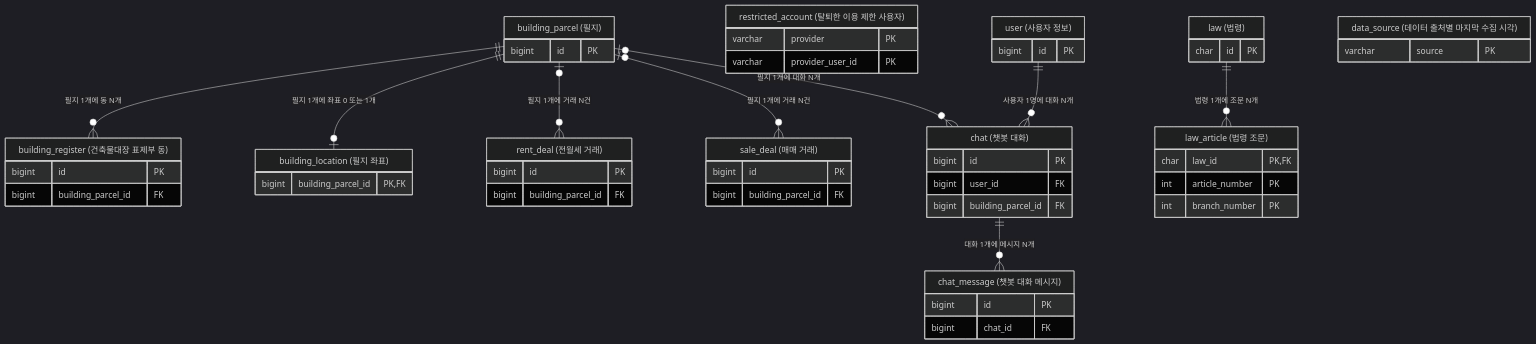
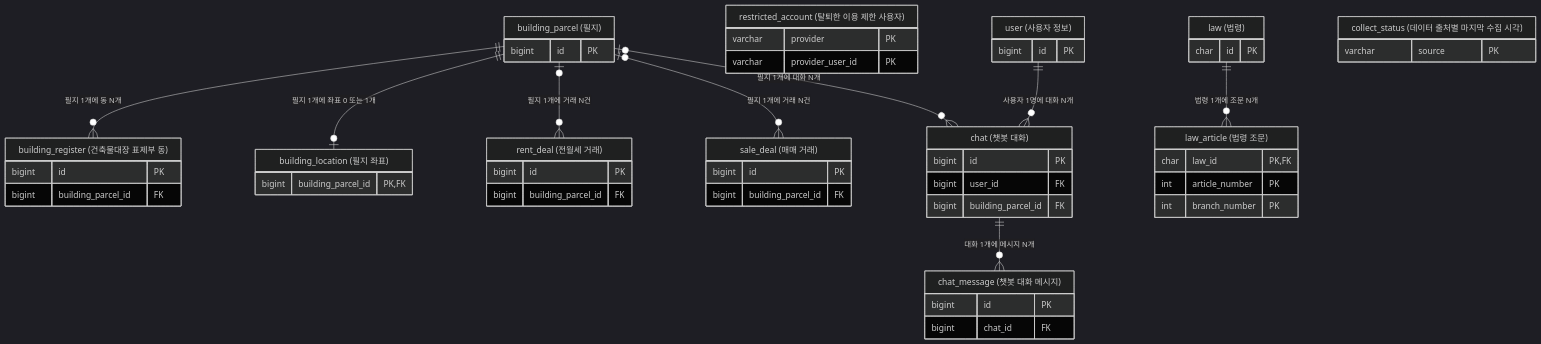
Before and after one commit to f-lab-edu/jipsee: the first of 13 diagrams in docs/erd.md, drawn with Mermaid (dark theme). The commit also changed other lines of this file, not shown here.

Commit message:
docs: collect_status 반영 > erd의 data_source 이름 변경

````diff
--- a/docs/erd.md
+++ b/docs/erd.md
@@ -5,56 +5,56 @@
 ```mermaid
 erDiagram
     user["user (사용자 정보)"] {
         bigint id PK
     }
     restricted_account["restricted_account (탈퇴한 이용 제한 사용자)"] {
         varchar provider PK
         varchar provider_user_id PK
     }
     building_parcel ||--o{ building_register : "필지 1개에 동 N개"
     building_parcel["building_parcel (필지)"] {
         bigint id PK
     }
     building_register["building_register (건축물대장 표제부 동)"] {
         bigint id PK
         bigint building_parcel_id FK
     }
     building_parcel ||--o| building_location : "필지 1개에 좌표 0 또는 1개"
     building_location["building_location (필지 좌표)"] {
         bigint building_parcel_id PK, FK
     }
     building_parcel |o--o{ rent_deal : "필지 1개에 거래 N건"
     rent_deal["rent_deal (전월세 거래)"] {
         bigint id PK
         bigint building_parcel_id FK
     }
     building_parcel |o--o{ sale_deal : "필지 1개에 거래 N건"
     sale_deal["sale_deal (매매 거래)"] {
         bigint id PK
         bigint building_parcel_id FK
     }
     user ||--o{ chat : "사용자 1명에 대화 N개"
     building_parcel |o--o{ chat : "필지 1개에 대화 N개"
     chat["chat (챗봇 대화)"] {
         bigint id PK
         bigint user_id FK
         bigint building_parcel_id FK
     }
     chat ||--o{ chat_message : "대화 1개에 메시지 N개"
     chat_message["chat_message (챗봇 대화 메시지)"] {
         bigint id PK
         bigint chat_id FK
     }
     law ||--o{ law_article : "법령 1개에 조문 N개"
     law["law (법령)"] {
         char id PK
     }
     law_article["law_article (법령 조문)"] {
         char law_id PK, FK
         int article_number PK
         int branch_number PK
     }
-    data_source["data_source (데이터 출처별 마지막 수집 시각)"] {
+    collect_status["collect_status (데이터 출처별 마지막 수집 시각)"] {
         varchar source PK
     }
 ```
````
